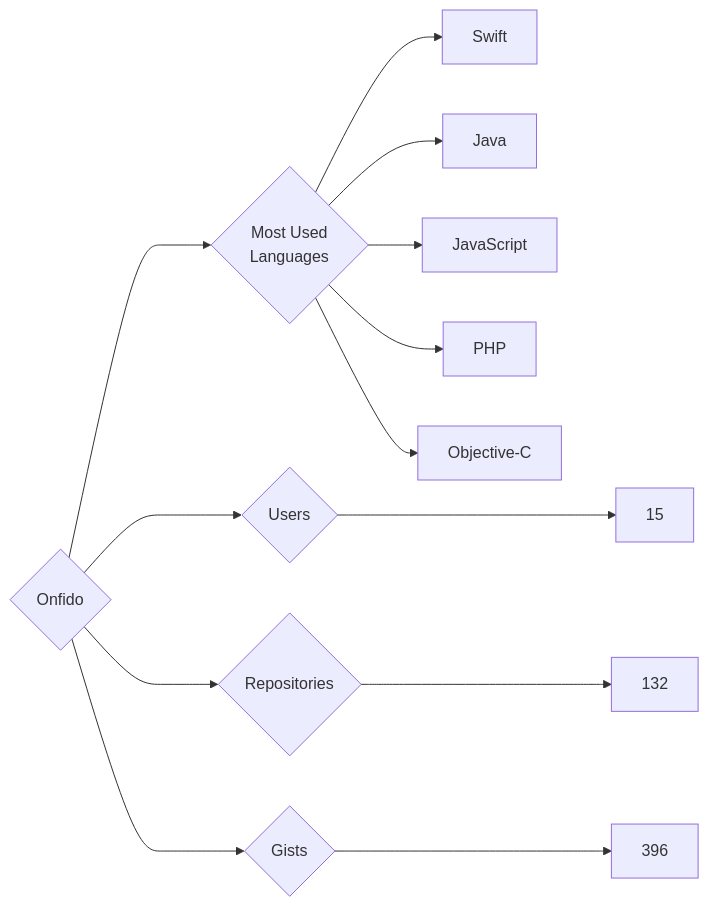
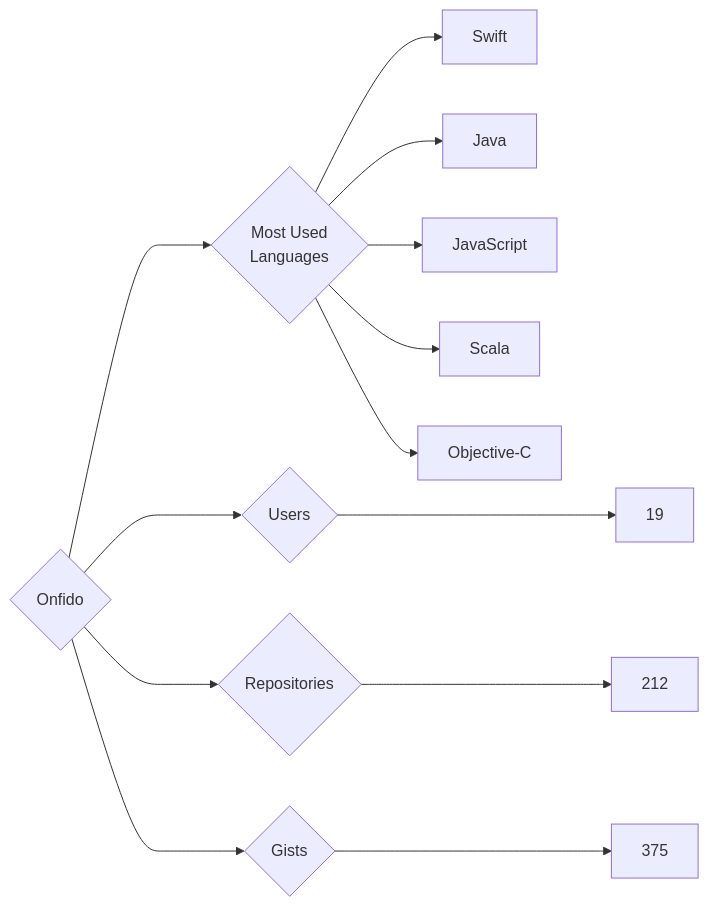
One commit to trickest/insiders changed the diagram in targets/Onfido/README.md. Above: the diagram before and after it, drawn with Mermaid. The commit also changed 806 other files, not shown here.

````diff
--- a/targets/Onfido/README.md
+++ b/targets/Onfido/README.md
@@ -3,13 +3,13 @@
 ```mermaid
 graph LR
 COMPANY_NAME{Onfido}
-COMPANY_NAME ---> U{Users} ---> UN[15]
-COMPANY_NAME ---> R{Repositories} ---> RN[132]
-COMPANY_NAME ---> G{Gists} ---> GN[396]
+COMPANY_NAME ---> U{Users} ---> UN[19]
+COMPANY_NAME ---> R{Repositories} ---> RN[212]
+COMPANY_NAME ---> G{Gists} ---> GN[375]
 COMPANY_NAME ---> ML{Most Used<br>Languages}
 ML --> Swift[Swift]
 ML --> Java[Java]
 ML --> JavaScript[JavaScript]
-ML --> PHP[PHP]
+ML --> Scala[Scala]
 ML --> Objective-C[Objective-C]
 ```
````
